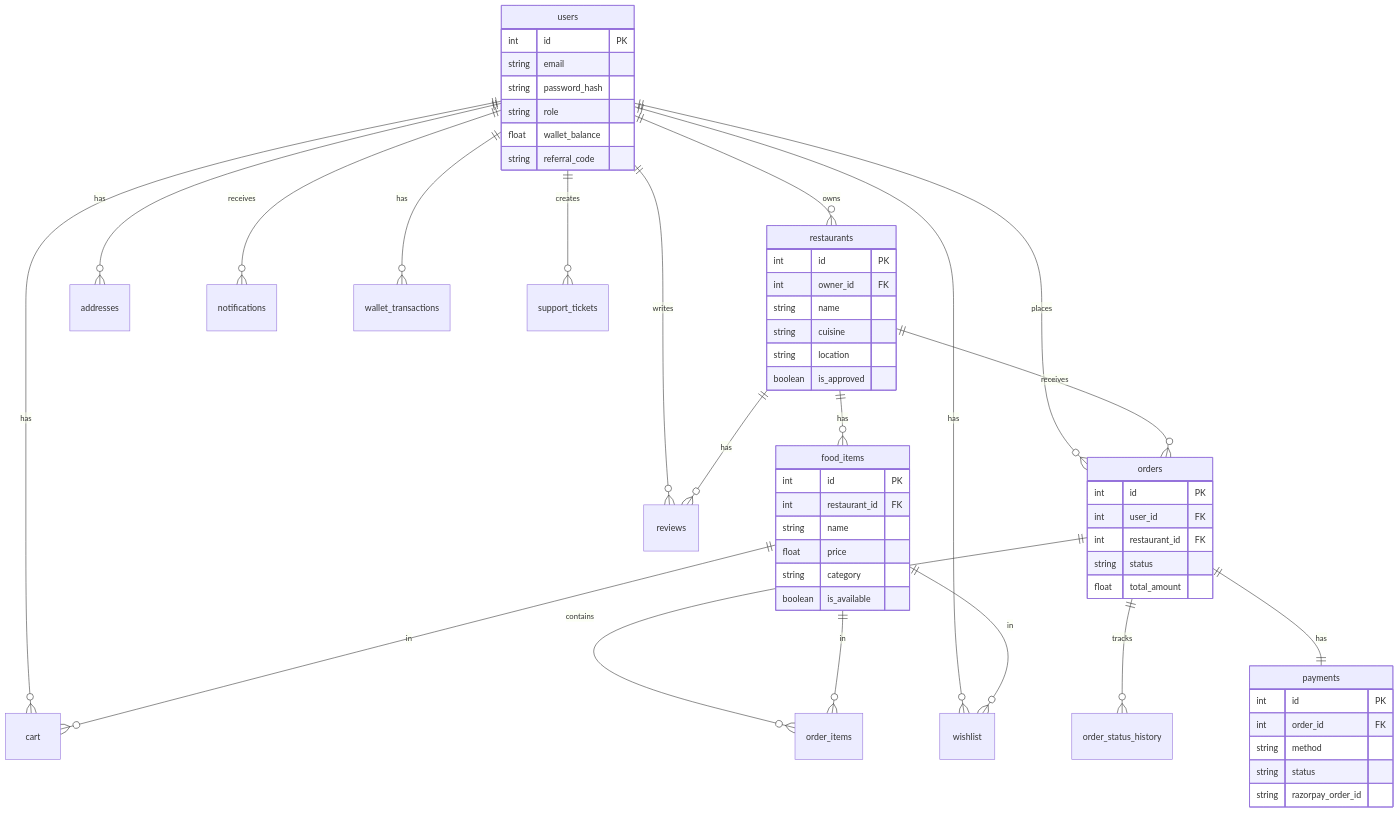
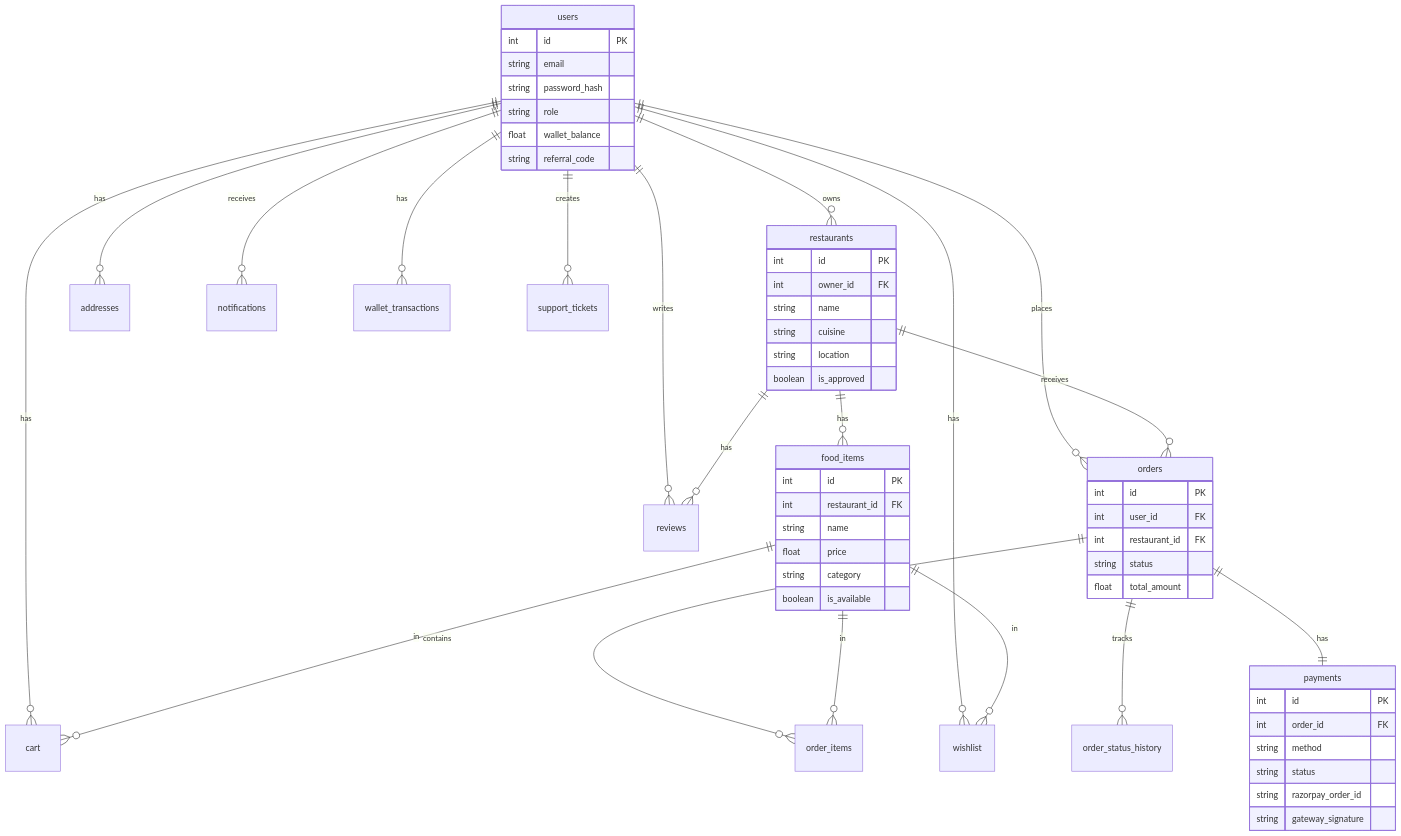
The third of 3 diagrams in README.md (manav-2812/Grabbite), drawn with Mermaid before and after one commit. The commit also changed other lines of this file, not shown here.

````diff
--- a/README.md
+++ b/README.md
@@ -177,63 +371,64 @@
 ```mermaid
 erDiagram
     users ||--o{ restaurants : owns
     users ||--o{ orders : places
     users ||--o{ cart : has
     users ||--o{ reviews : writes
     users ||--o{ addresses : has
     users ||--o{ wishlist : has
     users ||--o{ notifications : receives
     users ||--o{ wallet_transactions : has
     users ||--o{ support_tickets : creates
 
     restaurants ||--o{ food_items : has
     restaurants ||--o{ orders : receives
     restaurants ||--o{ reviews : has
 
     orders ||--o{ order_items : contains
     orders ||--o{ order_status_history : tracks
     orders ||--|| payments : has
 
     food_items ||--o{ cart : in
     food_items ||--o{ order_items : in
     food_items ||--o{ wishlist : in
 
     users {
         int id PK
         string email
         string password_hash
         string role
         float wallet_balance
         string referral_code
     }
     restaurants {
         int id PK
         int owner_id FK
         string name
         string cuisine
         string location
         boolean is_approved
     }
     food_items {
         int id PK
         int restaurant_id FK
         string name
         float price
         string category
         boolean is_available
     }
     orders {
         int id PK
         int user_id FK
         int restaurant_id FK
         string status
         float total_amount
     }
     payments {
         int id PK
         int order_id FK
         string method
         string status
         string razorpay_order_id
+        string gateway_signature
     }
 ```
````
